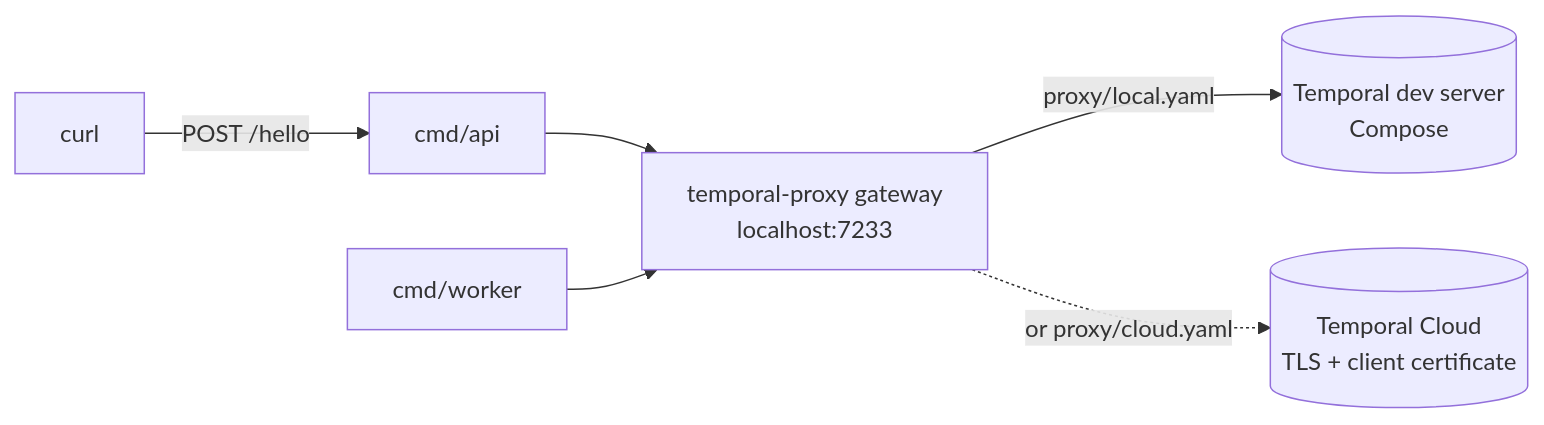
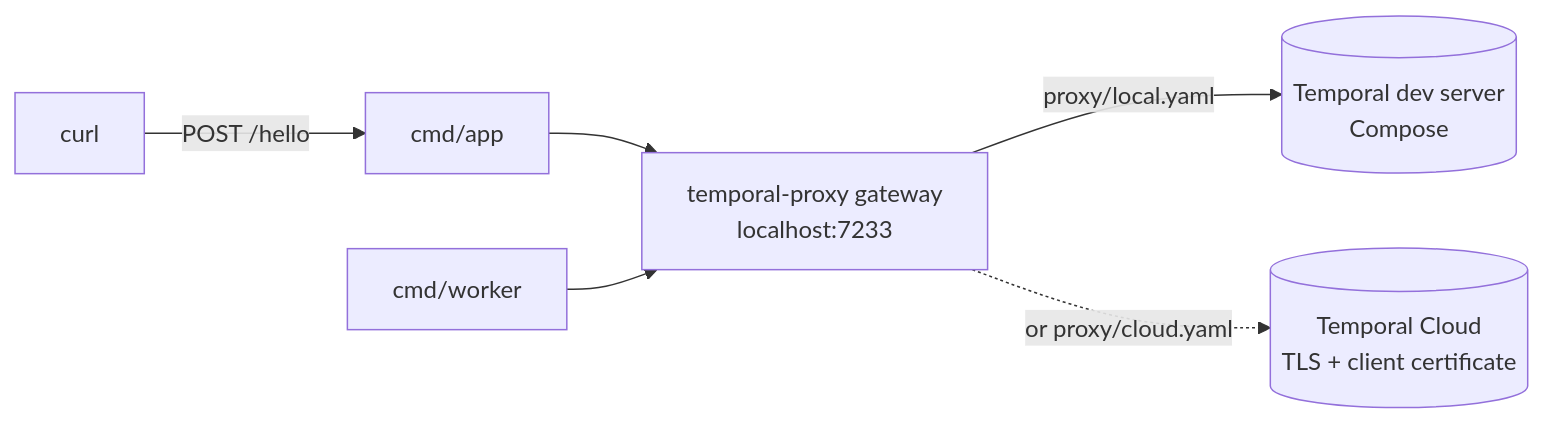
The diagram in README.md (alexandreroman/temporal-proxy-demo), drawn with Mermaid before and after one commit. The commit also changed other lines of this file and 9 other files, not shown here.

First line of the commit message:
Rename the api service and its package to app

````diff
--- a/README.md
+++ b/README.md
@@ -241,9 +241,9 @@
 ```mermaid
 graph LR
-    H[curl] -->|POST /hello| A[cmd/api]
+    H[curl] -->|POST /hello| A[cmd/app]
     A --> G
     W[cmd/worker] --> G
     G[temporal-proxy gateway<br/>localhost:7233]
     G -->|proxy/local.yaml| L[(Temporal dev server<br/>Compose)]
     G -.->|or proxy/cloud.yaml| C[(Temporal Cloud<br/>TLS + client certificate)]
 ```
````
